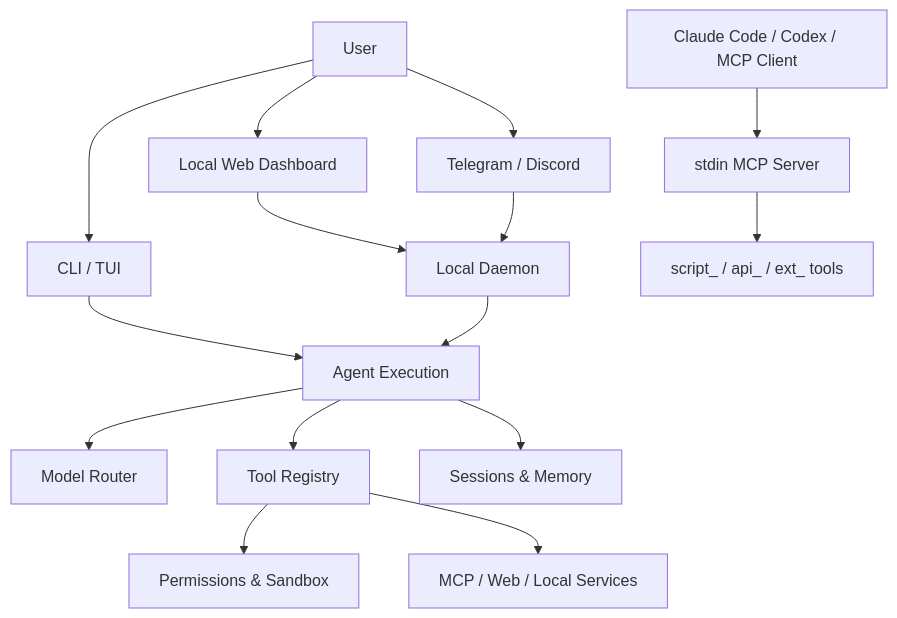
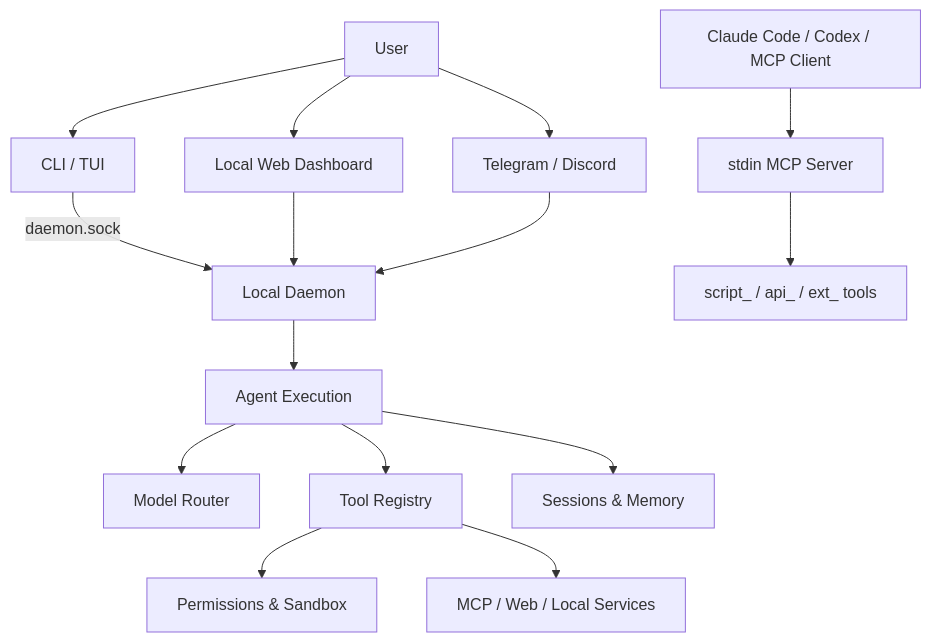
One commit to agenvoy/Agenvoy changed the first of 9 diagrams in doc/architecture.md. Above: the diagram before and after it, drawn with Mermaid. The commit also changed other lines of this file and 3 other files, not shown here.

Commit message:
doc: Update architecture and usage documentation for daemon-driven TUI

````diff
--- a/doc/architecture.md
+++ b/doc/architecture.md
@@ -9,17 +9,17 @@
 ```mermaid
 graph TB
     User[User] --> TUI[CLI / TUI]
     User --> Dashboard[Local Web Dashboard]
     User --> Channels[Telegram / Discord]
     Client[Claude Code / Codex / MCP Client] --> MCPServer[stdin MCP Server]
-    TUI --> Exec[Agent Execution]
-    Dashboard --> Daemon[Local Daemon]
+    TUI -->|daemon.sock| Daemon[Local Daemon]
+    Dashboard --> Daemon
     Channels --> Daemon
-    Daemon --> Exec
+    Daemon --> Exec[Agent Execution]
     MCPServer --> ToolBox[script_ / api_ / ext_ tools]
     Exec --> Router[Model Router]
     Exec --> Tools[Tool Registry]
     Exec --> Sessions[Sessions & Memory]
     Tools --> Guard[Permissions & Sandbox]
     Tools --> External[MCP / Web / Local Services]
 ```
````
